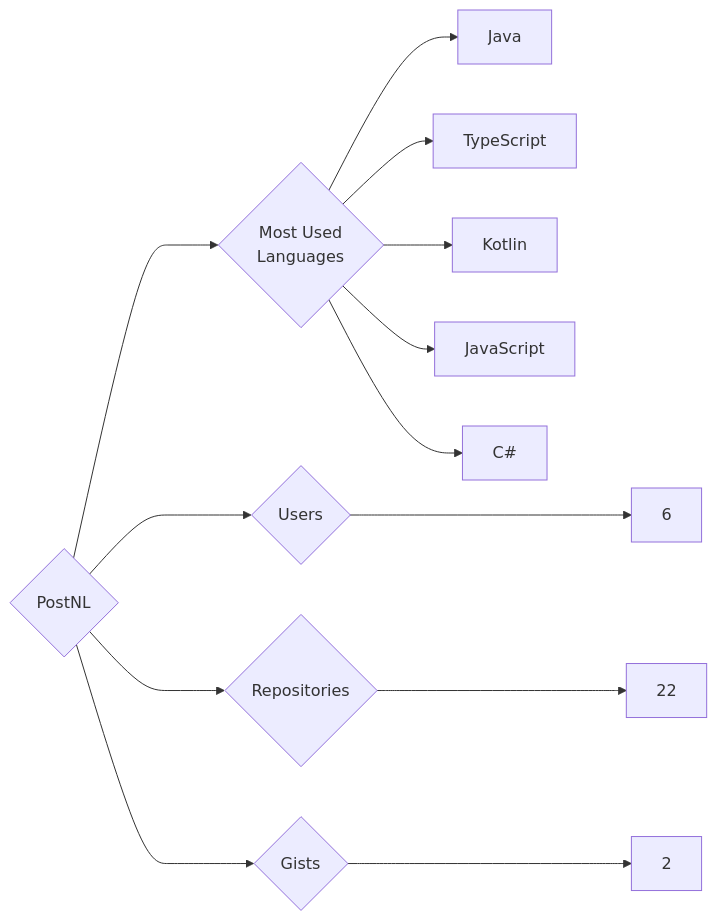
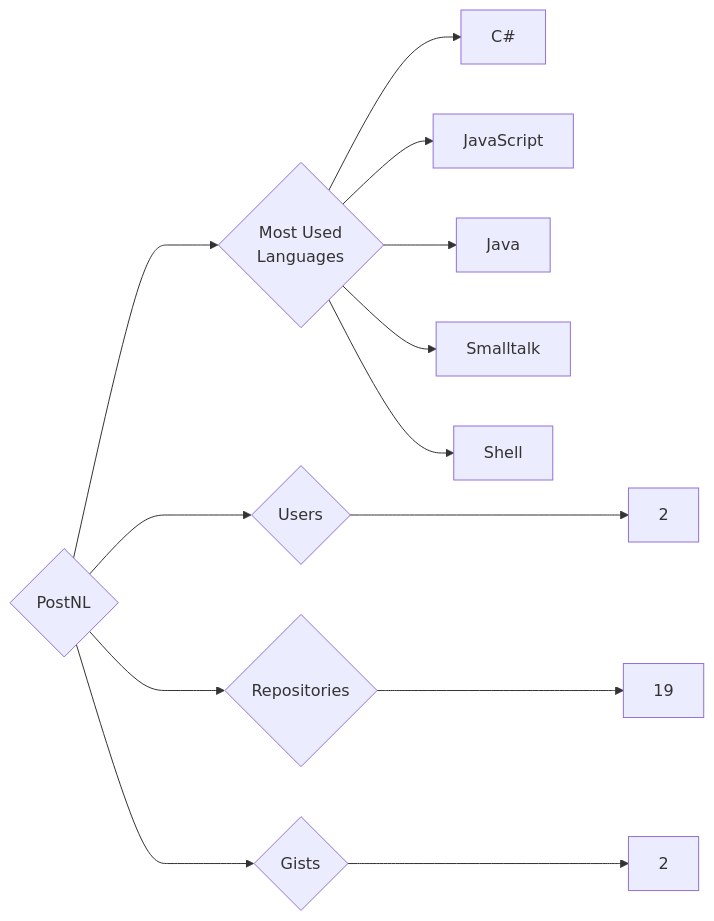
One commit to trickest/insiders changed the diagram in targets/PostNL/README.md. Above: the diagram before and after it, drawn with Mermaid. The commit also changed 953 other files, not shown here.

````diff
--- a/targets/PostNL/README.md
+++ b/targets/PostNL/README.md
@@ -3,13 +3,13 @@
 ```mermaid
 graph LR
 COMPANY_NAME{PostNL}
-COMPANY_NAME ---> U{Users} ---> UN[6]
-COMPANY_NAME ---> R{Repositories} ---> RN[22]
+COMPANY_NAME ---> U{Users} ---> UN[2]
+COMPANY_NAME ---> R{Repositories} ---> RN[19]
 COMPANY_NAME ---> G{Gists} ---> GN[2]
 COMPANY_NAME ---> ML{Most Used<br>Languages}
+ML --> C#[C#]
+ML --> JavaScript[JavaScript]
 ML --> Java[Java]
-ML --> TypeScript[TypeScript]
-ML --> Kotlin[Kotlin]
-ML --> JavaScript[JavaScript]
-ML --> C#[C#]
+ML --> Smalltalk[Smalltalk]
+ML --> Shell[Shell]
 ```
````
